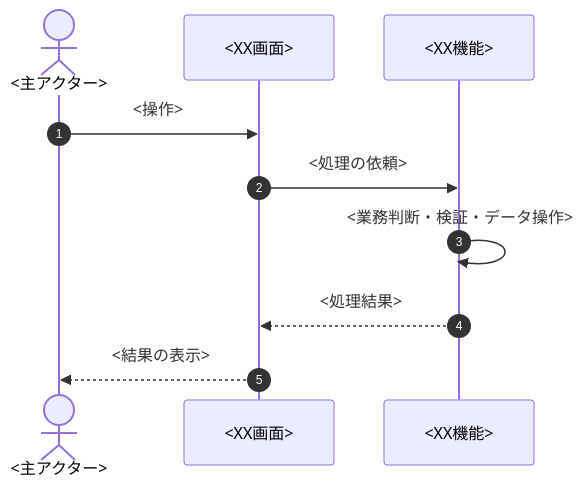
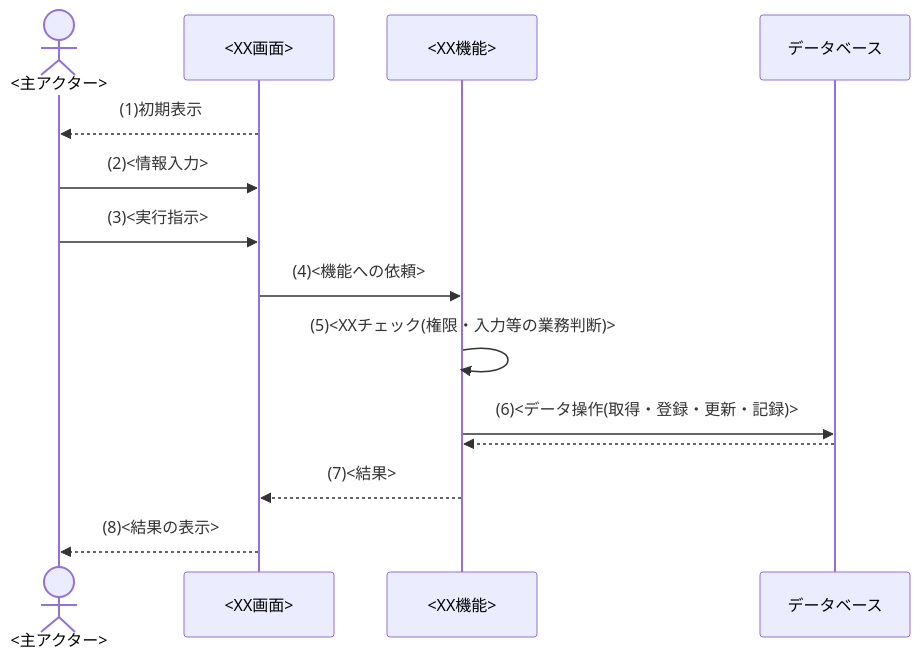
The first of 4 diagrams in テンプレート/02_機能要件.md (sikakou54/system-document-template), drawn with Mermaid before and after one commit. The commit also changed other lines of this file and 6 other files, not shown here.

````diff
--- a/テンプレート/02_機能要件.md
+++ b/テンプレート/02_機能要件.md
@@ -148,12 +144,16 @@
 ```mermaid
 sequenceDiagram
-    autonumber
     actor U as <主アクター>
     participant SCR as <XX画面>
     participant FUNC as <XX機能>
-    U->>SCR: <操作>
-    SCR->>FUNC: <処理の依頼>
-    FUNC->>FUNC: <業務判断・検証・データ操作>
-    FUNC-->>SCR: <処理結果>
-    SCR-->>U: <結果の表示>
+    participant DB as データベース
+    SCR-->>U: (1)初期表示
+    U->>SCR: (2)<情報入力>
+    U->>SCR: (3)<実行指示>
+    SCR->>FUNC: (4)<機能への依頼>
+    FUNC->>FUNC: (5)<XXチェック(権限・入力等の業務判断)>
+    FUNC->>DB: (6)<データ操作(取得・登録・更新・記録)>
+    DB-->>FUNC:
+    FUNC-->>SCR: (7)<結果>
+    SCR-->>U: (8)<結果の表示>
 ```
````
